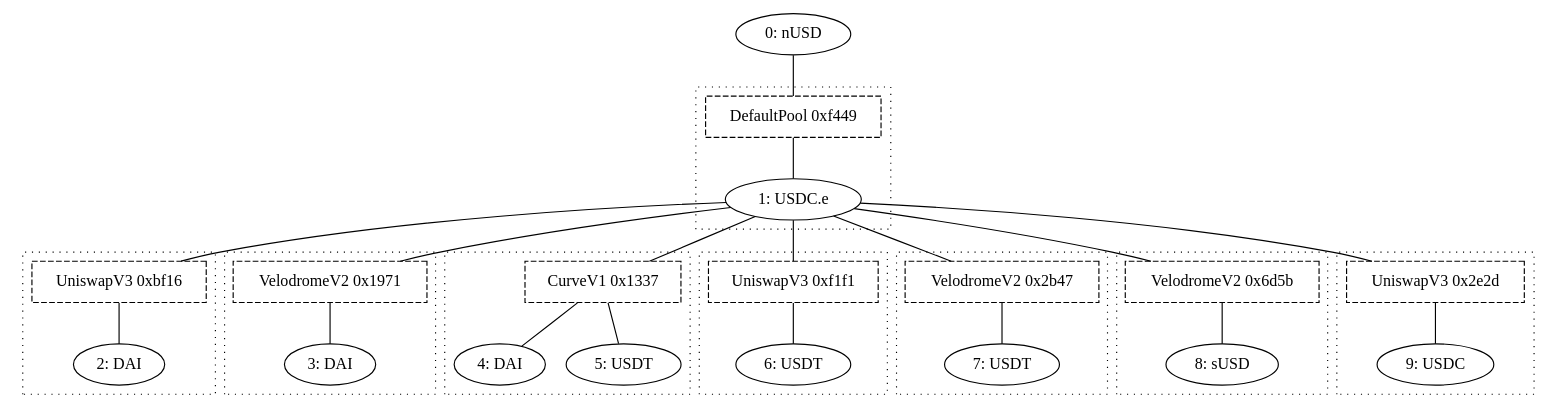
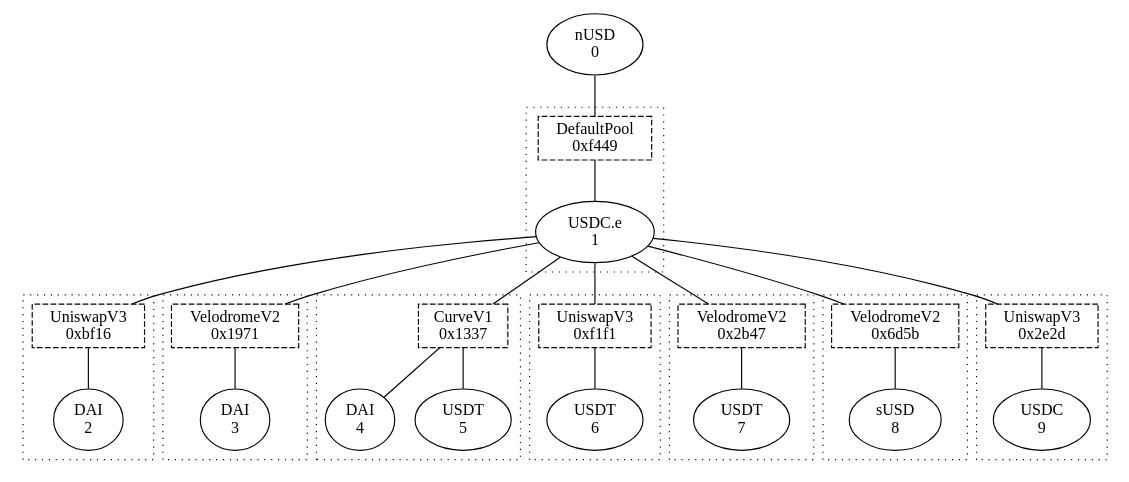
The diagram in script/configs/optimism/LinkedPool.nUSD.dot (synapsecns/synapse-contracts), drawn with Graphviz before and after one commit. The commit also changed 19 other files, not shown here.

```diff
--- a/script/configs/optimism/LinkedPool.nUSD.dot
+++ b/script/configs/optimism/LinkedPool.nUSD.dot
@@ -1,101 +1,101 @@
 graph G {
-    token0 [label = "0: nUSD";];
-    token1 [label = "1: USDC.e";];
-    token2 [label = "2: DAI";];
-    token3 [label = "3: DAI";];
-    token4 [label = "4: DAI";];
-    token5 [label = "5: USDT";];
-    token6 [label = "6: USDT";];
-    token7 [label = "7: USDT";];
-    token8 [label = "8: sUSD";];
-    token9 [label = "9: USDC";];
-    pool0 [label = "DefaultPool 0xf449";shape = rect;style = dashed;];
+    token0 [label = "nUSD\n0";];
+    token1 [label = "USDC.e\n1";];
+    token2 [label = "DAI\n2";];
+    token3 [label = "DAI\n3";];
+    token4 [label = "DAI\n4";];
+    token5 [label = "USDT\n5";];
+    token6 [label = "USDT\n6";];
+    token7 [label = "USDT\n7";];
+    token8 [label = "sUSD\n8";];
+    token9 [label = "USDC\n9";];
+    pool0 [label = "DefaultPool\n0xf449";shape = rect;style = dashed;];
     token0 -- pool0;
     subgraph cluster0 {
         style = dotted;
         pool0 -- token1;
         subgraph {
             rank = same;
             edge [style = invis;];
             token1;
         }
     }
-    pool1 [label = "UniswapV3 0xbf16";shape = rect;style = dashed;];
+    pool1 [label = "UniswapV3\n0xbf16";shape = rect;style = dashed;];
     token1 -- pool1;
     subgraph cluster1 {
         style = dotted;
         pool1 -- token2;
         subgraph {
             rank = same;
             edge [style = invis;];
             token2;
         }
     }
-    pool2 [label = "VelodromeV2 0x1971";shape = rect;style = dashed;];
+    pool2 [label = "VelodromeV2\n0x1971";shape = rect;style = dashed;];
     token1 -- pool2;
     subgraph cluster2 {
         style = dotted;
         pool2 -- token3;
         subgraph {
             rank = same;
             edge [style = invis;];
             token3;
         }
     }
-    pool3 [label = "CurveV1 0x1337";shape = rect;style = dashed;];
+    pool3 [label = "CurveV1\n0x1337";shape = rect;style = dashed;];
     token1 -- pool3;
     subgraph cluster3 {
         style = dotted;
         pool3 -- token4;
         pool3 -- token5;
         subgraph {
             rank = same;
             edge [style = invis;];
             token4 -- token5;
         }
     }
-    pool4 [label = "UniswapV3 0xf1f1";shape = rect;style = dashed;];
+    pool4 [label = "UniswapV3\n0xf1f1";shape = rect;style = dashed;];
     token1 -- pool4;
     subgraph cluster4 {
         style = dotted;
         pool4 -- token6;
         subgraph {
             rank = same;
             edge [style = invis;];
             token6;
         }
     }
-    pool5 [label = "VelodromeV2 0x2b47";shape = rect;style = dashed;];
+    pool5 [label = "VelodromeV2\n0x2b47";shape = rect;style = dashed;];
     token1 -- pool5;
     subgraph cluster5 {
         style = dotted;
         pool5 -- token7;
         subgraph {
             rank = same;
             edge [style = invis;];
             token7;
         }
     }
-    pool6 [label = "VelodromeV2 0x6d5b";shape = rect;style = dashed;];
+    pool6 [label = "VelodromeV2\n0x6d5b";shape = rect;style = dashed;];
     token1 -- pool6;
     subgraph cluster6 {
         style = dotted;
         pool6 -- token8;
         subgraph {
             rank = same;
             edge [style = invis;];
             token8;
         }
     }
-    pool7 [label = "UniswapV3 0x2e2d";shape = rect;style = dashed;];
+    pool7 [label = "UniswapV3\n0x2e2d";shape = rect;style = dashed;];
     token1 -- pool7;
     subgraph cluster7 {
         style = dotted;
         pool7 -- token9;
         subgraph {
             rank = same;
             edge [style = invis;];
             token9;
         }
     }
 }
```
